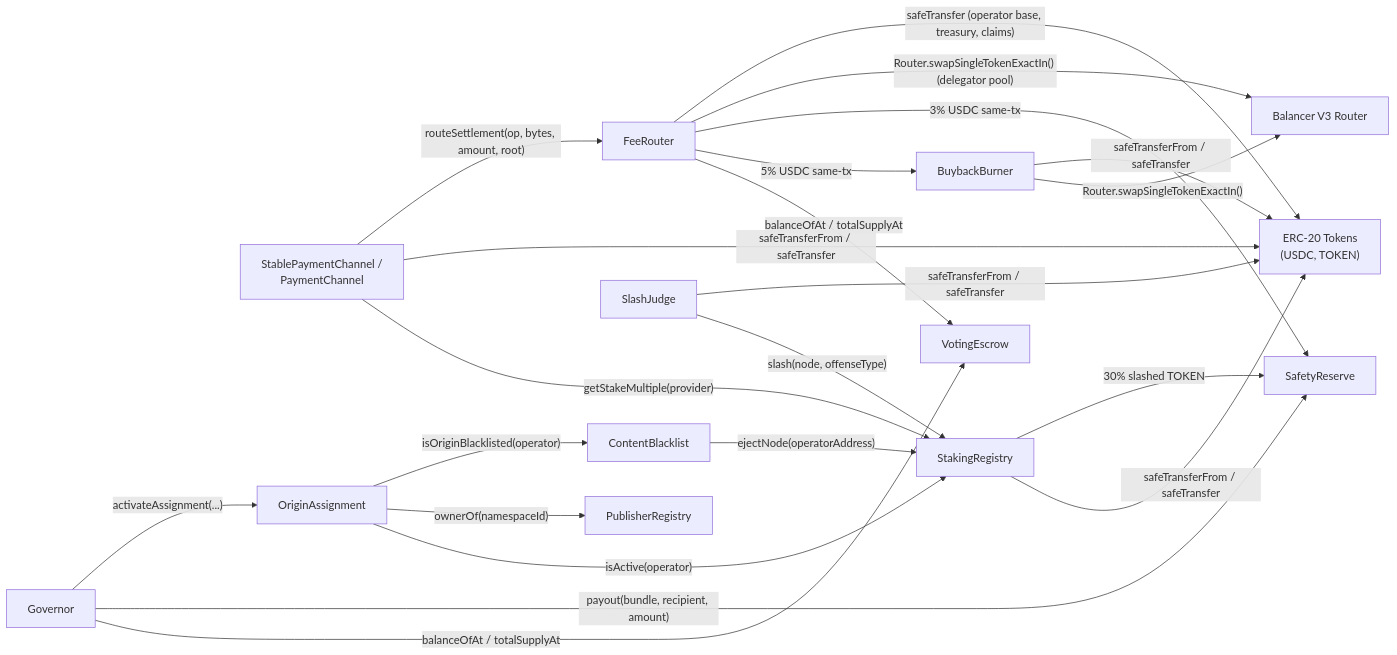
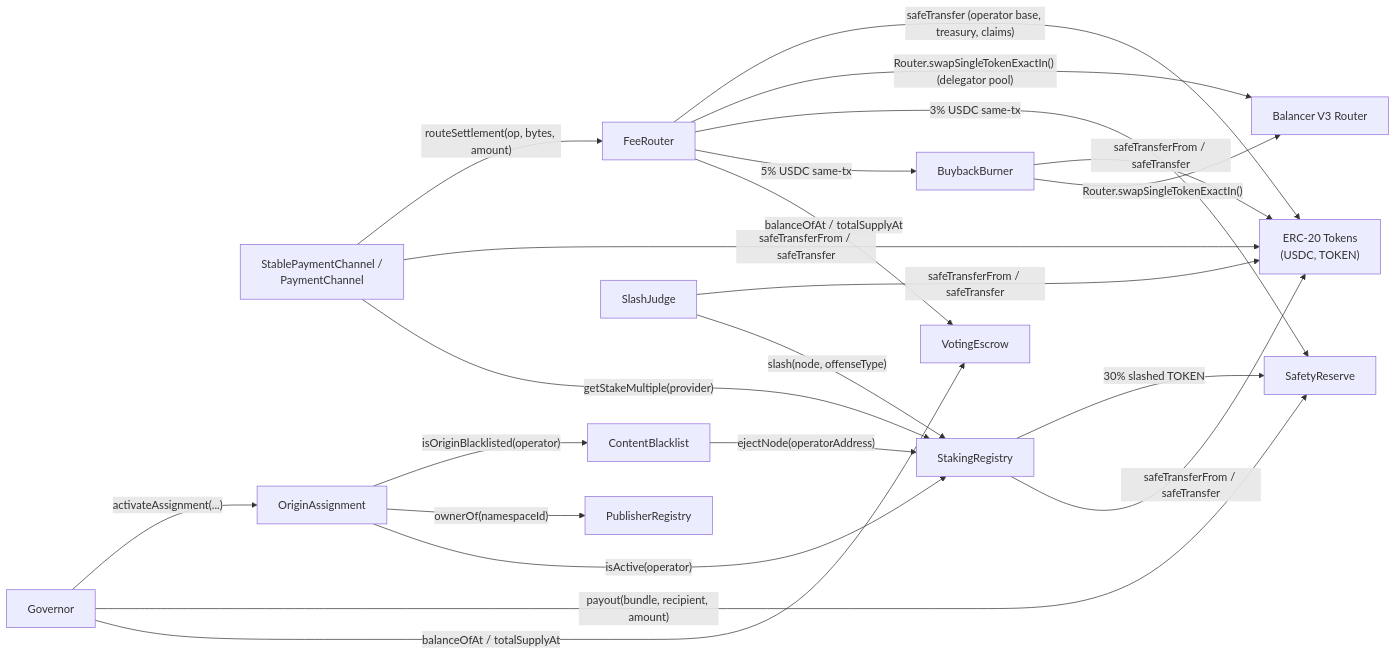
One commit to decdn/decdn changed the third of 5 diagrams in adr/016-contract-interactions.md. Above: the diagram before and after it, drawn with Mermaid. The commit also changed other lines of this file and 3 other files, not shown here.

````diff
--- a/adr/016-contract-interactions.md
+++ b/adr/016-contract-interactions.md
@@ -234,38 +235,38 @@
 ```mermaid
 graph LR
     SPC["StablePaymentChannel /<br/>PaymentChannel"]
     SR["StakingRegistry"]
     CB["ContentBlacklist"]
     PR["PublisherRegistry"]
     OA["OriginAssignment"]
     SJ["SlashJudge"]
     BB["BuybackBurner"]
     FR["FeeRouter"]
     VE["VotingEscrow"]
     SAFE["SafetyReserve"]
     GOV["Governor"]
     ERC["ERC-20 Tokens<br/>(USDC, TOKEN)"]
     BAL["Balancer V3 Router"]
 
     SPC -->|"getStakeMultiple(provider)"| SR
     SPC -->|"safeTransferFrom / safeTransfer"| ERC
-    SPC -->|"routeSettlement(op, bytes, amount, root)"| FR
+    SPC -->|"routeSettlement(op, bytes, amount)"| FR
     FR -->|"balanceOfAt / totalSupplyAt"| VE
     FR -->|"5% USDC same-tx"| BB
     FR -->|"3% USDC same-tx"| SAFE
     FR -->|"Router.swapSingleTokenExactIn() (delegator pool)"| BAL
     FR -->|"safeTransfer (operator base, treasury, claims)"| ERC
     GOV -->|"balanceOfAt / totalSupplyAt"| VE
     GOV -->|"payout(bundle, recipient, amount)"| SAFE
     CB -->|"ejectNode(operatorAddress)"| SR
     OA -->|"isActive(operator)"| SR
     OA -->|"ownerOf(namespaceId)"| PR
     OA -->|"isOriginBlacklisted(operator)"| CB
     GOV -->|"activateAssignment(...)"| OA
     SJ -->|"slash(node, offenseType)"| SR
     SJ -->|"safeTransferFrom / safeTransfer"| ERC
     SR -->|"safeTransferFrom / safeTransfer"| ERC
     SR -->|"30% slashed TOKEN"| SAFE
     BB -->|"Router.swapSingleTokenExactIn()"| BAL
     BB -->|"safeTransferFrom / safeTransfer"| ERC
 ```
````
